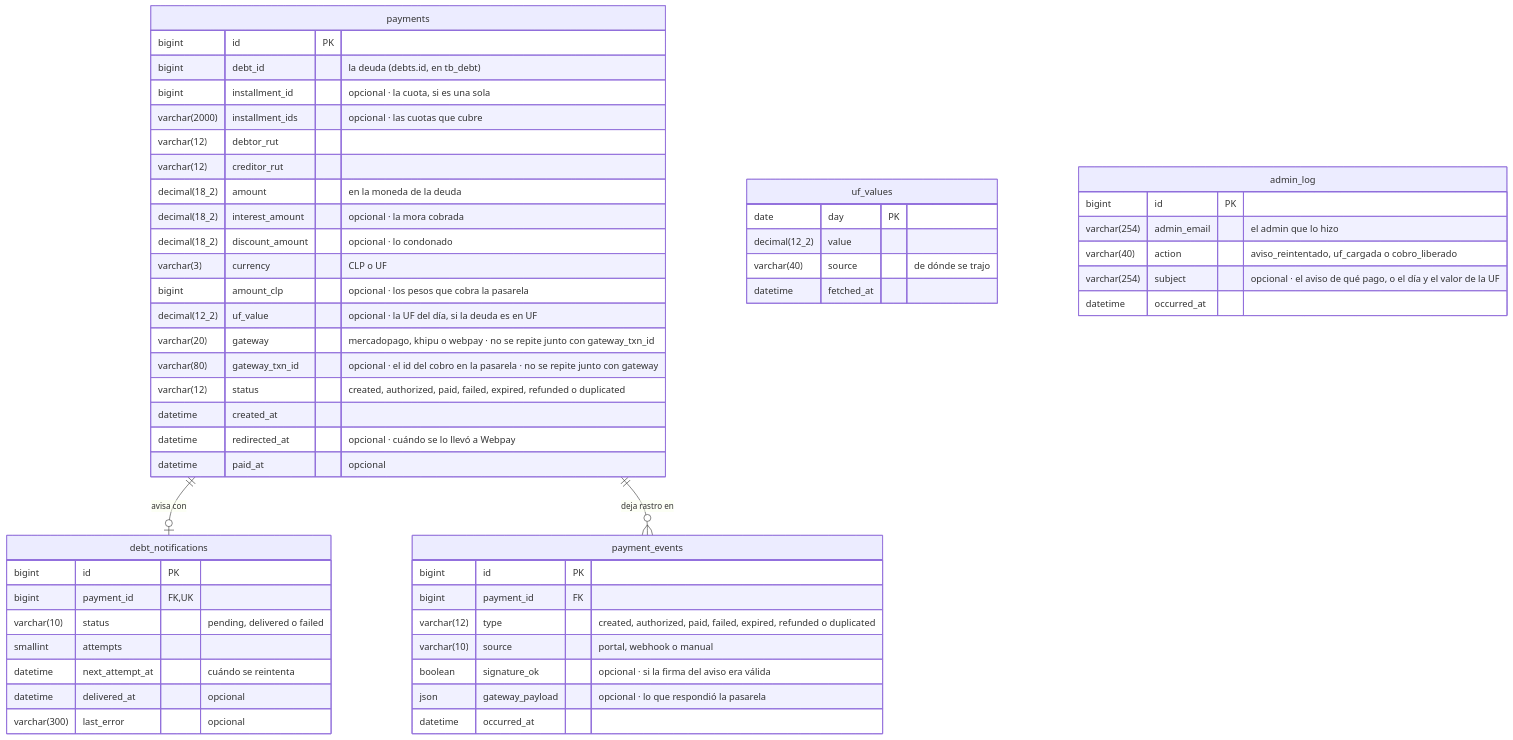
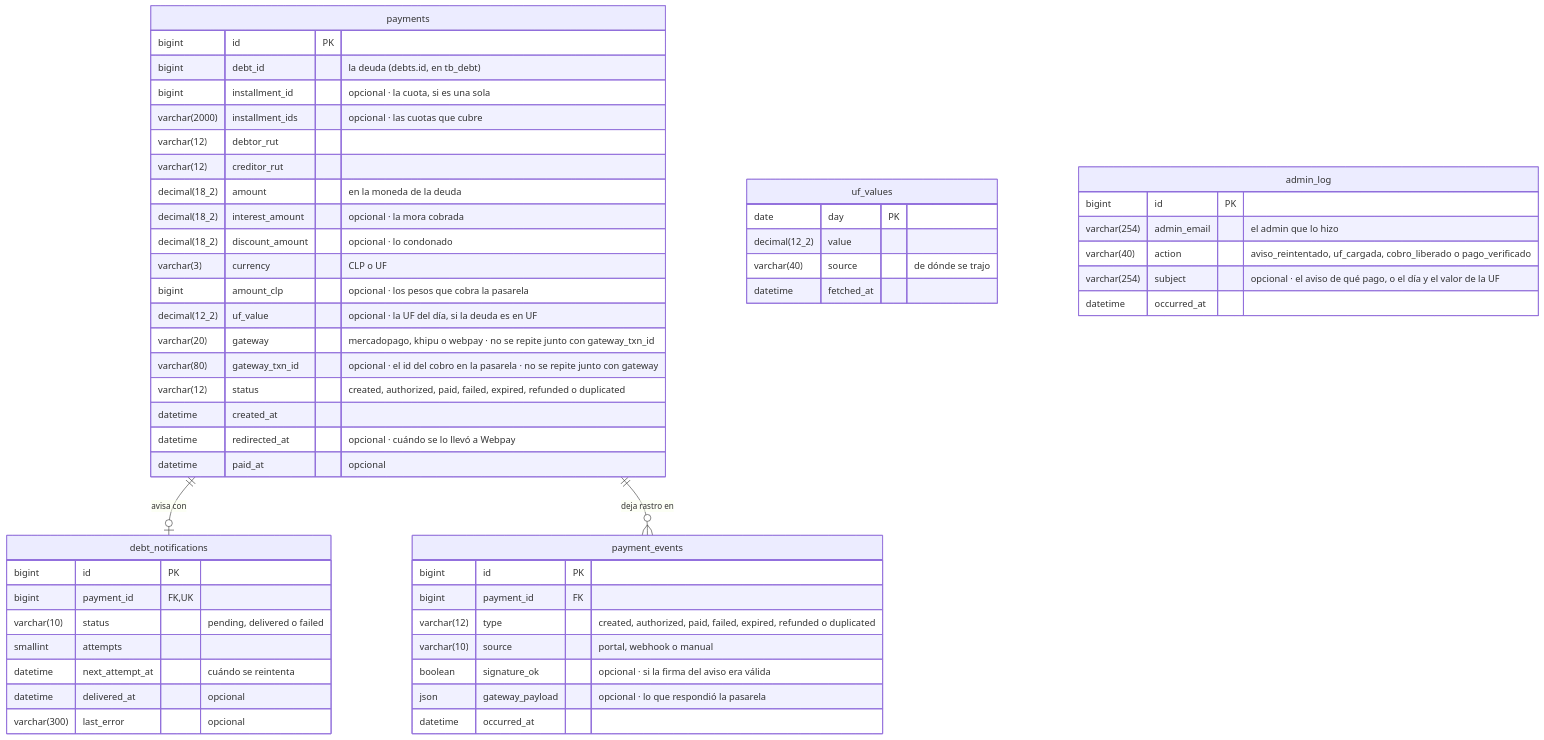
The fourth of 5 diagrams in docs/diagramas/entidad-relacion.md (TechnicalBridge/DataBridge), drawn with Mermaid before and after one commit. The commit also changed other lines of this file and 27 other files, not shown here.

````diff
--- a/docs/diagramas/entidad-relacion.md
+++ b/docs/diagramas/entidad-relacion.md
@@ -468,56 +468,56 @@
 ```mermaid
 erDiagram
     payments ||--o| debt_notifications : "avisa con"
     payments ||--o{ payment_events : "deja rastro en"
     debt_notifications {
         bigint id PK
         bigint payment_id FK, UK
         varchar(10) status "pending, delivered o failed"
         smallint attempts
         datetime next_attempt_at "cuándo se reintenta"
         datetime delivered_at "opcional"
         varchar(300) last_error "opcional"
     }
     payment_events {
         bigint id PK
         bigint payment_id FK
         varchar(12) type "created, authorized, paid, failed, expired, refunded o duplicated"
         varchar(10) source "portal, webhook o manual"
         boolean signature_ok "opcional · si la firma del aviso era válida"
         json gateway_payload "opcional · lo que respondió la pasarela"
         datetime occurred_at
     }
     payments {
         bigint id PK
         bigint debt_id "la deuda (debts.id, en tb_debt)"
         bigint installment_id "opcional · la cuota, si es una sola"
         varchar(2000) installment_ids "opcional · las cuotas que cubre"
         varchar(12) debtor_rut
         varchar(12) creditor_rut
         decimal(18_2) amount "en la moneda de la deuda"
         decimal(18_2) interest_amount "opcional · la mora cobrada"
         decimal(18_2) discount_amount "opcional · lo condonado"
         varchar(3) currency "CLP o UF"
         bigint amount_clp "opcional · los pesos que cobra la pasarela"
         decimal(12_2) uf_value "opcional · la UF del día, si la deuda es en UF"
         varchar(20) gateway "mercadopago, khipu o webpay · no se repite junto con gateway_txn_id"
         varchar(80) gateway_txn_id "opcional · el id del cobro en la pasarela · no se repite junto con gateway"
         varchar(12) status "created, authorized, paid, failed, expired, refunded o duplicated"
         datetime created_at
         datetime redirected_at "opcional · cuándo se lo llevó a Webpay"
         datetime paid_at "opcional"
     }
     uf_values {
         date day PK
         decimal(12_2) value
         varchar(40) source "de dónde se trajo"
         datetime fetched_at
     }
     admin_log {
         bigint id PK
         varchar(254) admin_email "el admin que lo hizo"
-        varchar(40) action "aviso_reintentado, uf_cargada o cobro_liberado"
+        varchar(40) action "aviso_reintentado, uf_cargada, cobro_liberado o pago_verificado"
         varchar(254) subject "opcional · el aviso de qué pago, o el día y el valor de la UF"
         datetime occurred_at
     }
 ```
````
